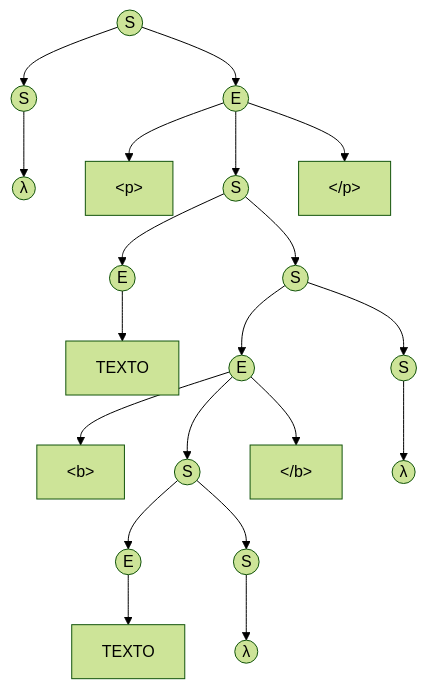
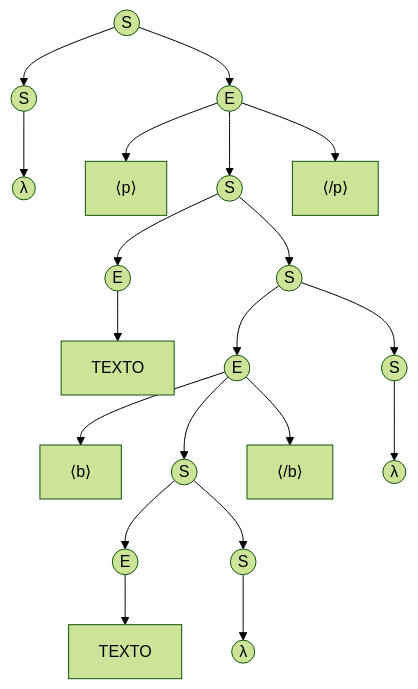
Before and after one commit to PedroGattiUCC/minihtml-parser: the first of 2 diagrams in docs/Fase1_Gramatica.md, drawn with Mermaid (forest theme). The commit also changed other lines of this file and 1 other file, not shown here.

Commit message:
fix(docs): corrección de renderizado en GitHub (nodos Mermaid y KaTeX)

````diff
--- a/docs/Fase1_Gramatica.md
+++ b/docs/Fase1_Gramatica.md
@@ -92,29 +99,29 @@
 ```mermaid
 graph TD
     S0((S)) --> E1((E))
     S0 --> S1((S))
     S1 --> lam1((λ))
     
-    E1 --> p_open["&lt;p&gt;"]
+    E1 --> p_open["⟨p⟩"]
     E1 --> S2((S))
-    E1 --> p_close["&lt;/p&gt;"]
+    E1 --> p_close["⟨/p⟩"]
     
     S2 --> E2((E))
     S2 --> S3((S))
     
     E2 --> T1["TEXTO"]
     
     S3 --> E3((E))
     S3 --> S4((S))
     
-    E3 --> b_open["&lt;b&gt;"]
+    E3 --> b_open["⟨b⟩"]
     E3 --> S5((S))
-    E3 --> b_close["&lt;/b&gt;"]
+    E3 --> b_close["⟨/b⟩"]
     
     S5 --> E4((E))
     S5 --> S6((S))
     E4 --> T2["TEXTO"]
     S6 --> lam2((λ))
     
     S4 --> lam3((λ))
 ```
````
